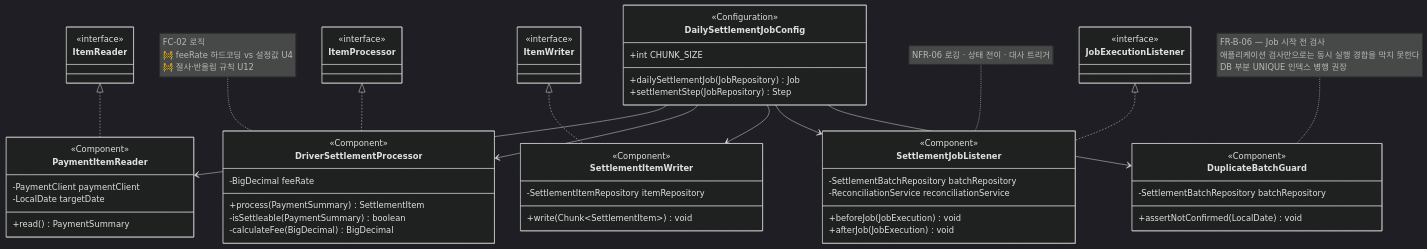
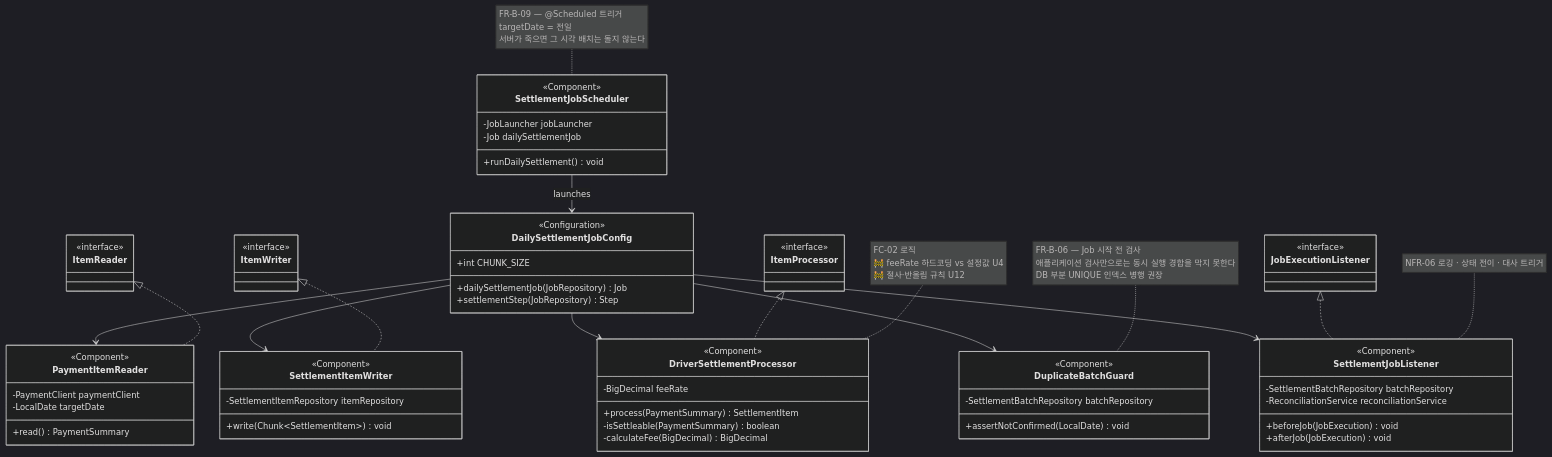
The diagram in docs/06-class-diagram/03-batch-layer.md (Easy-ADJ/driver-settlement-system), drawn with Mermaid (dark theme) before and after one commit. The commit also changed other lines of this file and 26 other files, not shown here.

````diff
--- a/docs/06-class-diagram/03-batch-layer.md
+++ b/docs/06-class-diagram/03-batch-layer.md
@@ -5,6 +5,13 @@
 ```mermaid
 classDiagram
     direction TB
+
+    class SettlementJobScheduler {
+        <<Component>>
+        -JobLauncher jobLauncher
+        -Job dailySettlementJob
+        +runDailySettlement() void
+    }
 
     class DailySettlementJobConfig {
         <<Configuration>>
@@ -66,12 +73,14 @@
     ItemWriter <|.. SettlementItemWriter
     JobExecutionListener <|.. SettlementJobListener
 
+    SettlementJobScheduler --> DailySettlementJobConfig : launches
     DailySettlementJobConfig --> PaymentItemReader
     DailySettlementJobConfig --> DriverSettlementProcessor
     DailySettlementJobConfig --> SettlementItemWriter
     DailySettlementJobConfig --> SettlementJobListener
     DailySettlementJobConfig --> DuplicateBatchGuard
 
+    note for SettlementJobScheduler "FR-B-09 — @Scheduled 트리거<br/>targetDate = 전일<br/>서버가 죽으면 그 시각 배치는 돌지 않는다"
     note for DuplicateBatchGuard "FR-B-06 — Job 시작 전 검사<br/>애플리케이션 검사만으로는 동시 실행 경합을 막지 못한다<br/>DB 부분 UNIQUE 인덱스 병행 권장"
     note for DriverSettlementProcessor "FC-02 로직<br/>🚧 feeRate 하드코딩 vs 설정값 U4<br/>🚧 절사·반올림 규칙 U12"
     note for SettlementJobListener "NFR-06 로깅 · 상태 전이 · 대사 트리거"
````
